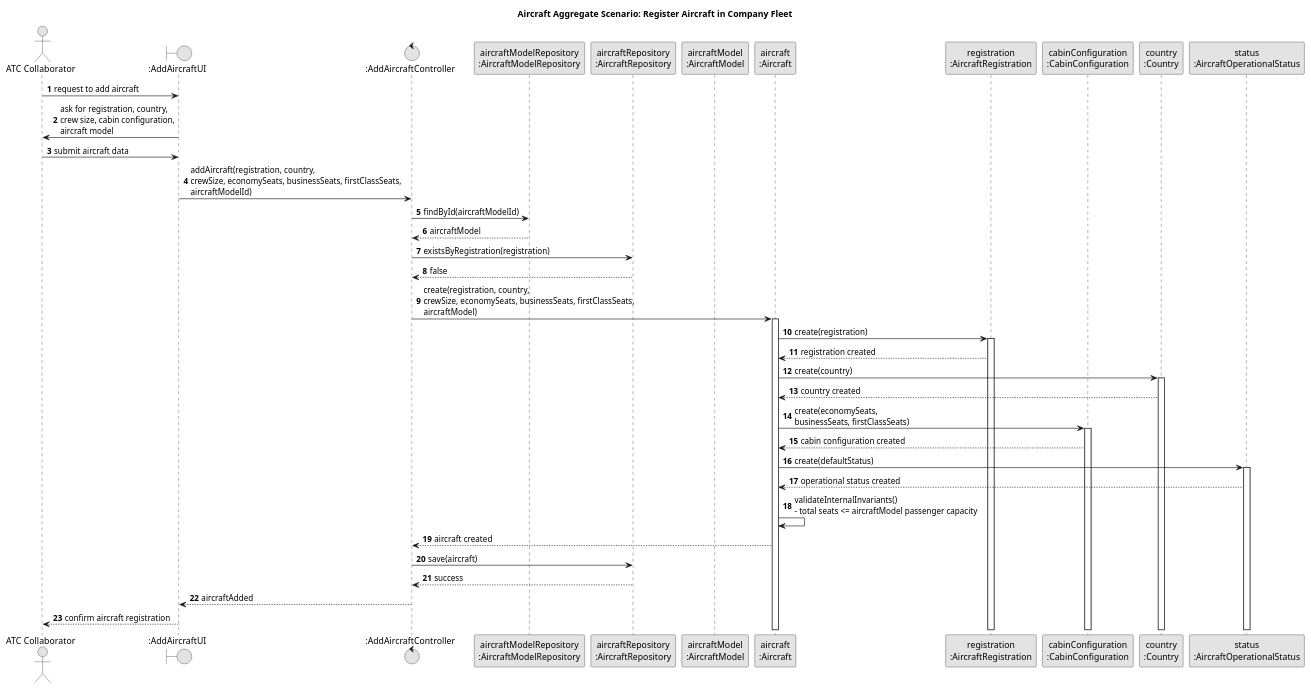
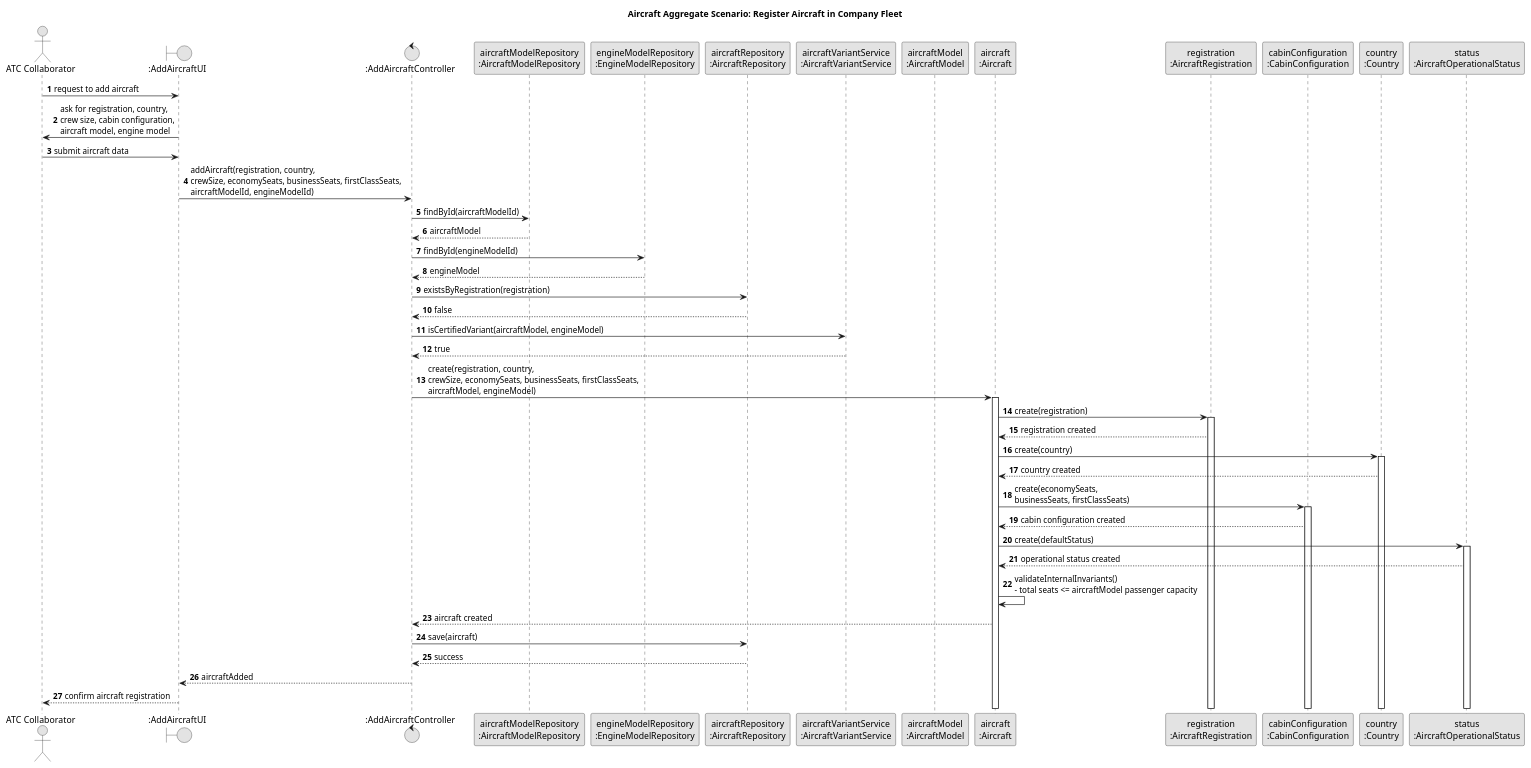
Before and after one commit to GustavoFerreira24/flight-management-platform: the diagram in docs/global-artifacts/03.design/puml/AircraftAggregate-SD.puml, drawn with PlantUML. The commit also changed 1 other file, not shown here.

Commit message:
US11(DOCS): Update AircraftAggregate SD diagram to clarify the aircraft registration scenario and ensure alignment with documentation [#18]

```diff
--- a/docs/global-artifacts/03.design/puml/AircraftAggregate-SD.puml
+++ b/docs/global-artifacts/03.design/puml/AircraftAggregate-SD.puml
@@ -1,57 +1,65 @@
 @startuml
 title Aircraft Aggregate Scenario: Register Aircraft in Company Fleet
 
 skinparam monochrome true
 skinparam packageStyle rectangle
 skinparam shadowing false
 
 autonumber
 
 actor "ATC Collaborator" as ATC
 boundary ":AddAircraftUI" as UI
 control ":AddAircraftController" as C
 participant "aircraftModelRepository\n:AircraftModelRepository" as AircraftModelRepo
+participant "engineModelRepository\n:EngineModelRepository" as EngineModelRepo
 participant "aircraftRepository\n:AircraftRepository" as AircraftRepo
+participant "aircraftVariantService\n:AircraftVariantService" as VariantService
 participant "aircraftModel\n:AircraftModel" as AircraftModel
 participant "aircraft\n:Aircraft" as Aircraft
 participant "registration\n:AircraftRegistration" as Registration
 participant "cabinConfiguration\n:CabinConfiguration" as CabinConfiguration
 participant "country\n:Country" as Country
 participant "status\n:AircraftOperationalStatus" as Status
 
 ATC -> UI : request to add aircraft
-UI -> ATC : ask for registration, country,\ncrew size, cabin configuration,\naircraft model
+UI -> ATC : ask for registration, country,\ncrew size, cabin configuration,\naircraft model, engine model
 
 ATC -> UI : submit aircraft data
-UI -> C : addAircraft(registration, country,\ncrewSize, economySeats, businessSeats, firstClassSeats,\naircraftModelId)
+UI -> C : addAircraft(registration, country,\ncrewSize, economySeats, businessSeats, firstClassSeats,\naircraftModelId, engineModelId)
 
 C -> AircraftModelRepo : findById(aircraftModelId)
 AircraftModelRepo --> C : aircraftModel
 
+C -> EngineModelRepo : findById(engineModelId)
+EngineModelRepo --> C : engineModel
+
 C -> AircraftRepo : existsByRegistration(registration)
 AircraftRepo --> C : false
 
-C -> Aircraft ++ : create(registration, country,\ncrewSize, economySeats, businessSeats, firstClassSeats,\naircraftModel)
+C -> VariantService : isCertifiedVariant(aircraftModel, engineModel)
+VariantService --> C : true
+
+C -> Aircraft ++ : create(registration, country,\ncrewSize, economySeats, businessSeats, firstClassSeats,\naircraftModel, engineModel)
 
 Aircraft -> Registration ++ : create(registration)
 Registration --> Aircraft : registration created
 
 Aircraft -> Country ++ : create(country)
 Country --> Aircraft : country created
 
 Aircraft -> CabinConfiguration ++ : create(economySeats,\nbusinessSeats, firstClassSeats)
 CabinConfiguration --> Aircraft : cabin configuration created
 
 Aircraft -> Status ++ : create(defaultStatus)
 Status --> Aircraft : operational status created
 
 Aircraft -> Aircraft : validateInternalInvariants()\n- total seats <= aircraftModel passenger capacity
 Aircraft --> C : aircraft created
 
 C -> AircraftRepo : save(aircraft)
 AircraftRepo --> C : success
 
 C --> UI : aircraftAdded
 UI --> ATC : confirm aircraft registration
 
 @enduml
```
